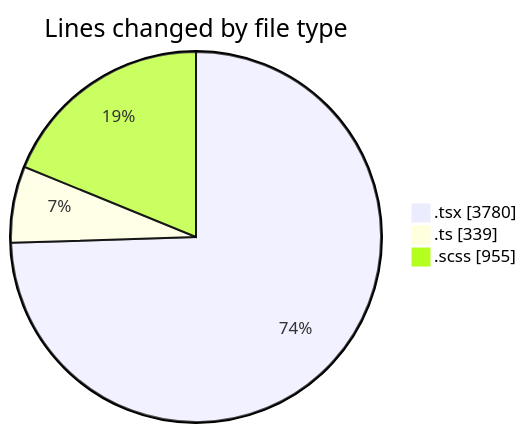
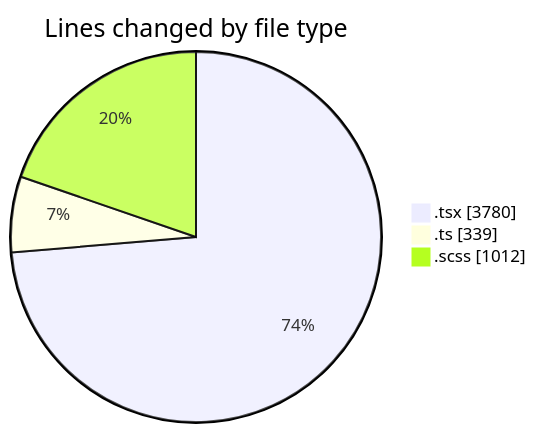
One commit to momahboobian/code-tracking changed the first of 2 diagrams in 2025-07-08/cda/README.md. Above: the diagram before and after it, drawn with Mermaid. The commit also changed other lines of this file and 1 other file, not shown here.

````diff
--- a/2025-07-08/cda/README.md
+++ b/2025-07-08/cda/README.md
@@ -47,7 +47,7 @@
 ```mermaid
 pie showData
 title Lines changed by file type
 ".tsx" : 3780
 ".ts" : 339
-".scss" : 955
+".scss" : 1012
 ```
````
